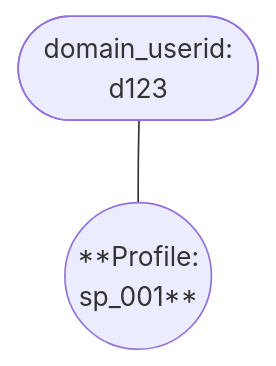
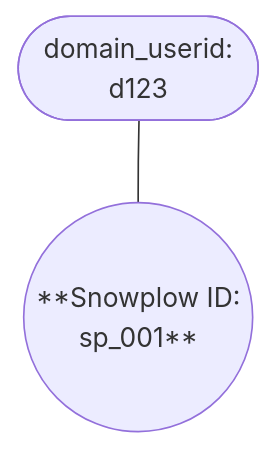
Before and after one commit to snowplow/documentation: the first of 3 diagrams in docs/identities/concepts/cross-domain-tracking/index.md, drawn with Mermaid. The commit also changed other lines of this file and 7 other files, not shown here.

````diff
--- a/docs/identities/concepts/cross-domain-tracking/index.md
+++ b/docs/identities/concepts/cross-domain-tracking/index.md
@@ -28,7 +28,7 @@
 ```mermaid
 graph TD
     A(["domain_userid:<br/>d123"])
-    P1(("**Profile:<br/>sp_001**"))
+    P1(("**Snowplow ID:<br/>sp_001**"))
 
     A --- P1
 ```
````
